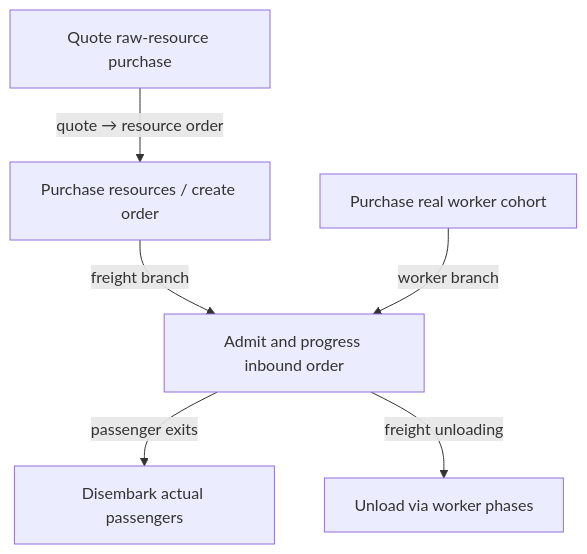
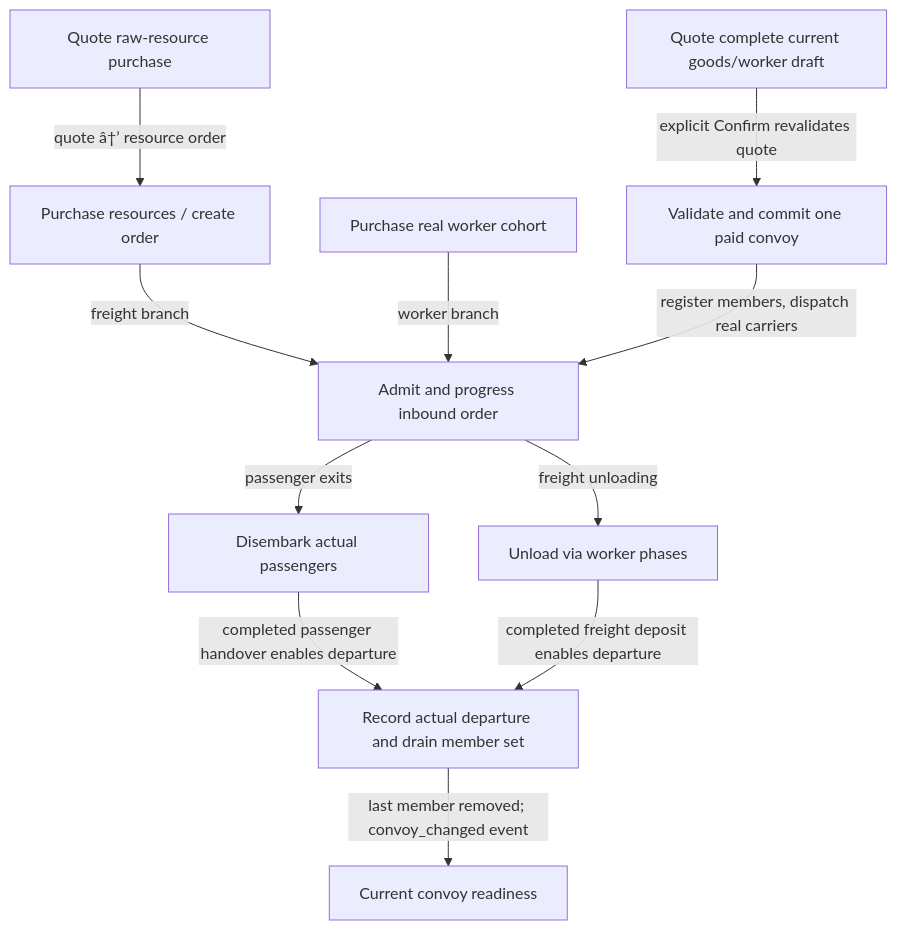
Before and after one commit to TheInfinityIQ/Trencho_V4: the eighth of 49 diagrams in docs/system_atlas.md, drawn with Mermaid. The commit also changed other lines of this file and 13 other files, not shown here.

````diff
--- a/docs/system_atlas.md
+++ b/docs/system_atlas.md
@@ -294,14 +297,23 @@
 ```mermaid
 flowchart TD
     n0["Quote raw-resource purchase"]
     n1["Purchase resources / create order"]
     n2["Purchase real worker cohort"]
     n3["Admit and progress inbound order"]
     n4["Disembark actual passengers"]
     n5["Unload via worker phases"]
-    n0 -->|"quote → resource order"| n1
+    n6["Quote complete current goods/worker draft"]
+    n7["Validate and commit one paid convoy"]
+    n8["Record actual departure and drain member set"]
+    n9["Current convoy readiness"]
+    n0 -->|"quote â†’ resource order"| n1
     n1 -->|"freight branch"| n3
     n2 -->|"worker branch"| n3
     n3 -->|"passenger exits"| n4
     n3 -->|"freight unloading"| n5
+    n6 -->|"explicit Confirm revalidates quote"| n7
+    n7 -->|"register members, dispatch real carriers"| n3
+    n4 -->|"completed passenger handover enables departure"| n8
+    n5 -->|"completed freight deposit enables departure"| n8
+    n8 -->|"last member removed; convoy_changed event"| n9
 ```
````
